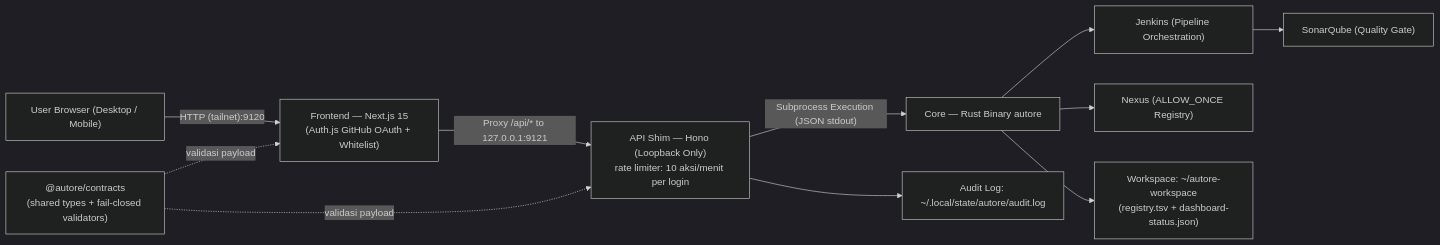
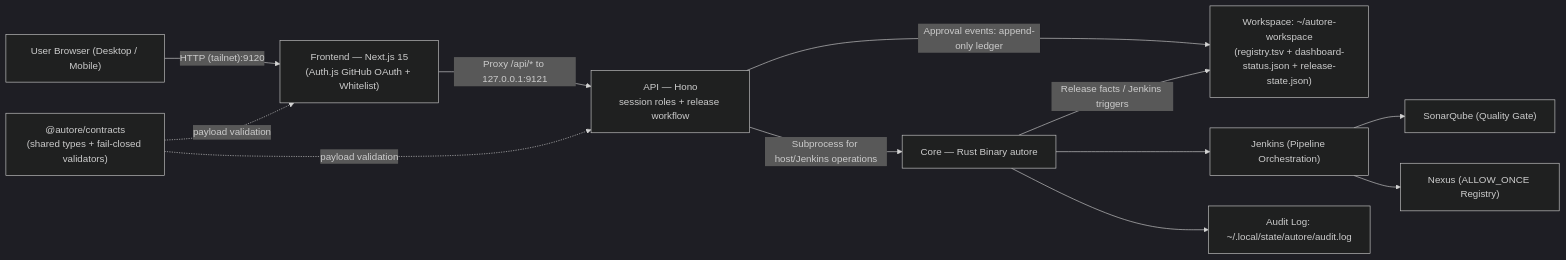
Before and after one commit to tugure-git-intern/Autore: the diagram in README.md, drawn with Mermaid (dark theme). The commit also changed other lines of this file and 7 other files, not shown here.

Commit message:
docs: selaraskan README/ARCHITECTURE/runbook dengan kode (513 test, board, rollback flow)

````diff
--- a/README.md
+++ b/README.md
@@ -58,13 +59,14 @@
 ```mermaid
 flowchart LR
     U["User Browser (Desktop / Mobile)"] -->|"HTTP (tailnet):9120"| D["Frontend — Next.js 15<br/>(Auth.js GitHub OAuth + Whitelist)"]
-    D -->|"Proxy /api/* to 127.0.0.1:9121"| A["API Shim — Hono (Loopback Only)<br/>rate limiter: 10 aksi/menit per login"]
-    A -->|"Subprocess Execution (JSON stdout)"| C["Core — Rust Binary autore"]
+    D -->|"Proxy /api/* to 127.0.0.1:9121"| A["API — Hono<br/>session roles + release workflow"]
+    A -->|"Subprocess for host/Jenkins operations"| C["Core — Rust Binary autore"]
+    A -->|"Approval events: append-only ledger"| WS["Workspace: ~/autore-workspace<br/>(registry.tsv + dashboard-status.json + release-state.json)"]
+    C -->|"Release facts / Jenkins triggers"| WS
     C --> J["Jenkins (Pipeline Orchestration)"]
-    C --> N["Nexus (ALLOW_ONCE Registry)"]
     J --> S["SonarQube (Quality Gate)"]
-    C --> WS["Workspace: ~/autore-workspace<br/>(registry.tsv + dashboard-status.json)"]
-    A --> AU["Audit Log: ~/.local/state/autore/audit.log"]
-    K["@autore/contracts<br/>(shared types + fail-closed validators)"] -.->|"validasi payload"| D
-    K -.->|"validasi payload"| A
+    J --> N["Nexus (ALLOW_ONCE Registry)"]
+    C --> AU["Audit Log: ~/.local/state/autore/audit.log"]
+    K["@autore/contracts<br/>(shared types + fail-closed validators)"] -.->|"payload validation"| D
+    K -.->|"payload validation"| A
 ```
````
